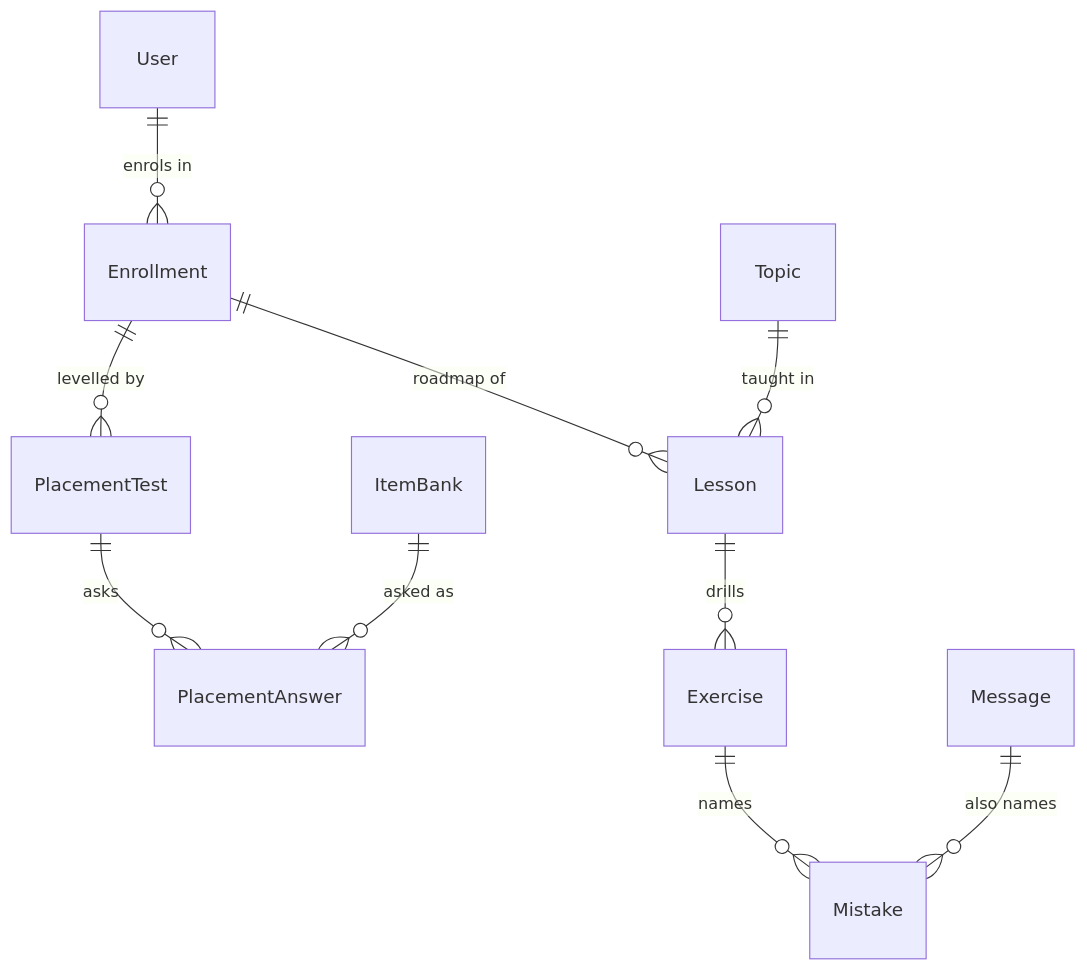
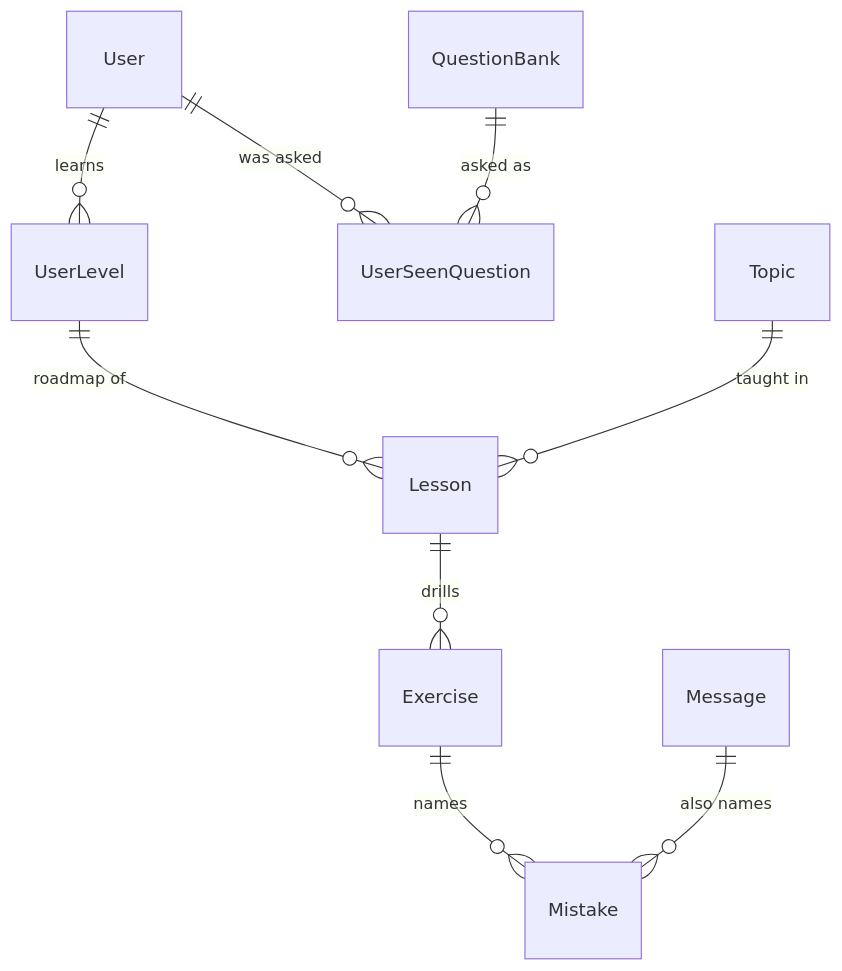
The fourth of 5 diagrams in docs/PRODUCT_ARCHITECTURE.md (VictorBro/ft_transcendence), drawn with Mermaid before and after one commit. The commit also changed other lines of this file and 2 other files, not shown here.

Commit message:
docs: align eval and item bank docs with the migration

````diff
--- a/docs/PRODUCT_ARCHITECTURE.md
+++ b/docs/PRODUCT_ARCHITECTURE.md
@@ -616,12 +602,11 @@
 ```mermaid
 erDiagram
-    User          ||--o{ Enrollment      : "enrols in"
-    Enrollment    ||--o{ PlacementTest   : "levelled by"
-    PlacementTest ||--o{ PlacementAnswer : "asks"
-    ItemBank      ||--o{ PlacementAnswer : "asked as"
-    Enrollment    ||--o{ Lesson          : "roadmap of"
-    Topic         ||--o{ Lesson          : "taught in"
-    Lesson        ||--o{ Exercise        : "drills"
-    Exercise      ||--o{ Mistake         : "names"
-    Message       ||--o{ Mistake         : "also names"
+    User         ||--o{ UserLevel        : "learns"
+    User         ||--o{ UserSeenQuestion : "was asked"
+    QuestionBank ||--o{ UserSeenQuestion : "asked as"
+    UserLevel    ||--o{ Lesson           : "roadmap of"
+    Topic        ||--o{ Lesson           : "taught in"
+    Lesson       ||--o{ Exercise         : "drills"
+    Exercise     ||--o{ Mistake          : "names"
+    Message      ||--o{ Mistake          : "also names"
 ```
````
